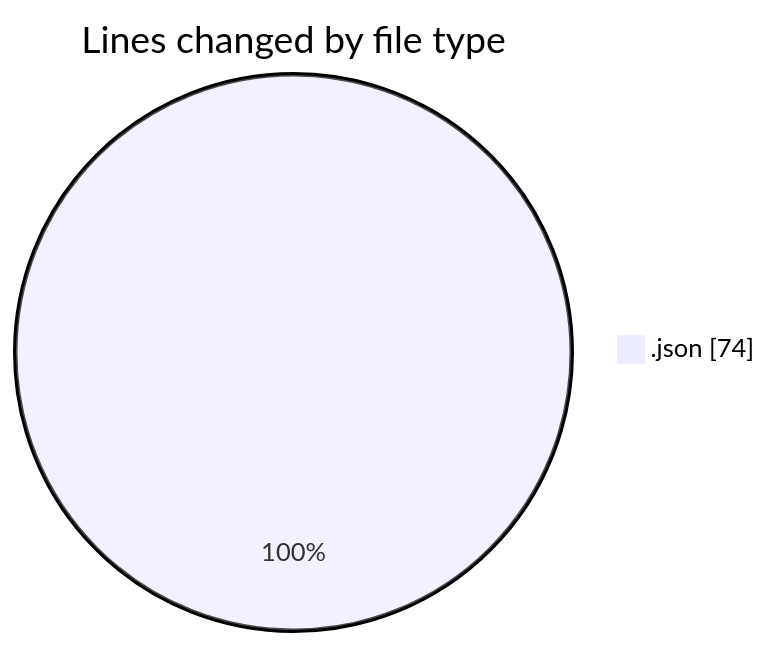
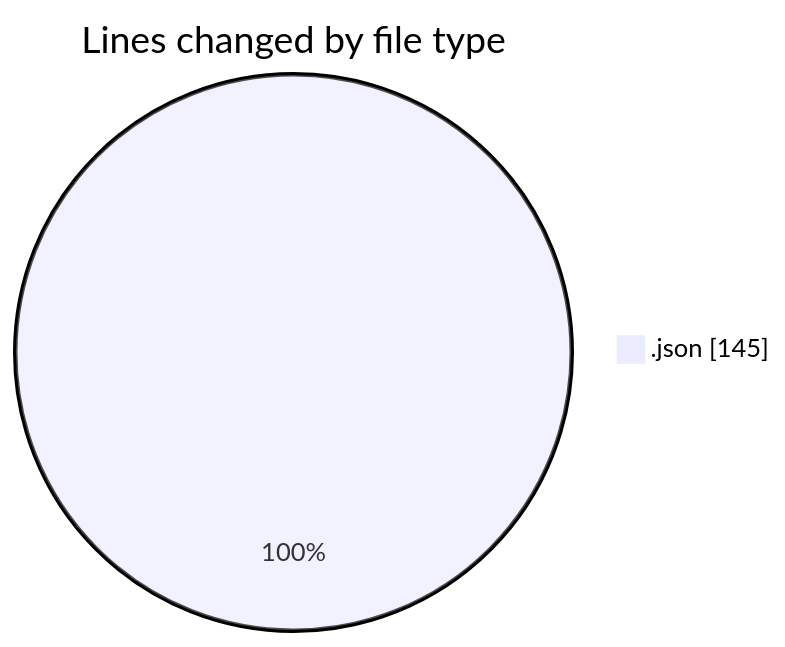
Before and after one commit to yexinjia/code-tracking: the first of 2 diagrams in 2026-08-01/mono-test/README.md, drawn with Mermaid. The commit also changed other lines of this file and 1 other file, not shown here.

````diff
--- a/2026-08-01/mono-test/README.md
+++ b/2026-08-01/mono-test/README.md
@@ -20,5 +20,5 @@
 ```mermaid
 pie showData
 title Lines changed by file type
-".json" : 74
+".json" : 145
 ```
````
